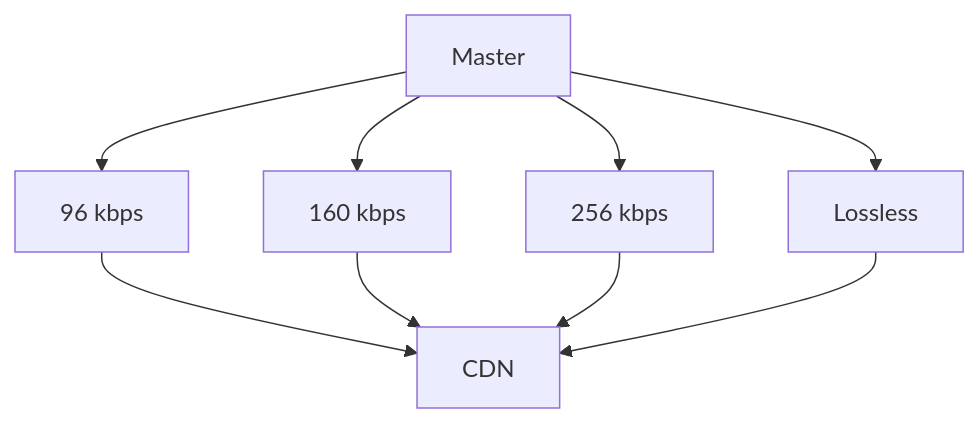
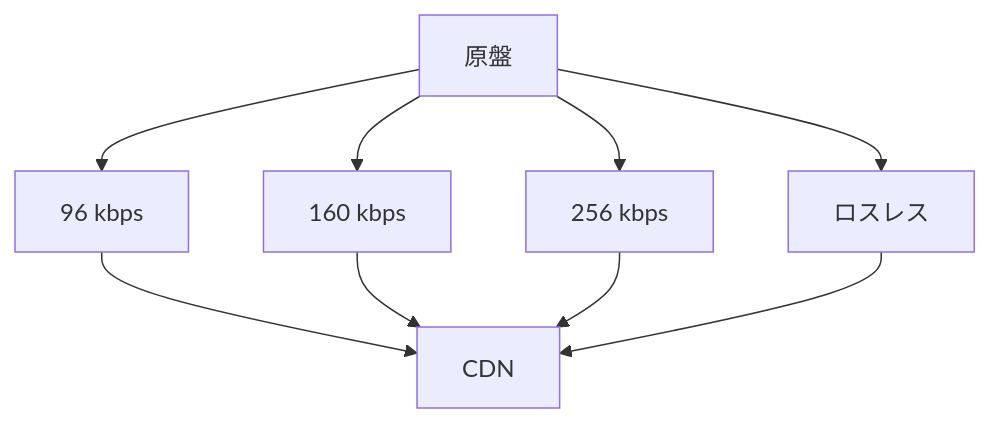
The seventh of 47 diagrams in docs/whitepaper/12-infrastructure-cost.md (ShigeichiroYamasaki/creator-first-platform), drawn with Mermaid before and after one commit. The commit also changed other lines of this file and 72 other files, not shown here.

````diff
--- a/docs/whitepaper/12-infrastructure-cost.md
+++ b/docs/whitepaper/12-infrastructure-cost.md
@@ -265,13 +265,13 @@
 ```mermaid
 flowchart TD
-    MASTER[Master]
+    MASTER[原盤]
     MASTER --> Q1[96 kbps]
     MASTER --> Q2[160 kbps]
     MASTER --> Q3[256 kbps]
-    MASTER --> Q4[Lossless]
+    MASTER --> Q4[ロスレス]
 
     Q1 --> CDN[CDN]
     Q2 --> CDN
     Q3 --> CDN
     Q4 --> CDN
 ```
````
